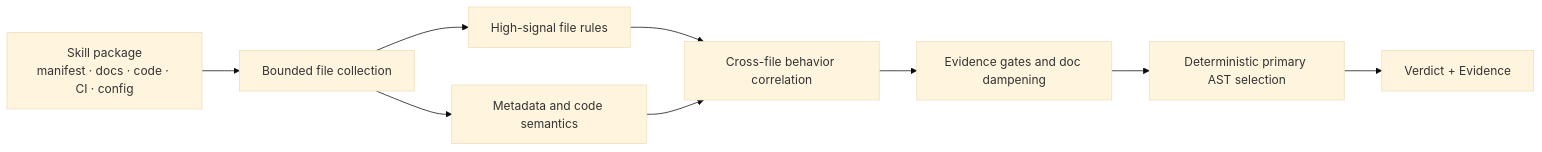
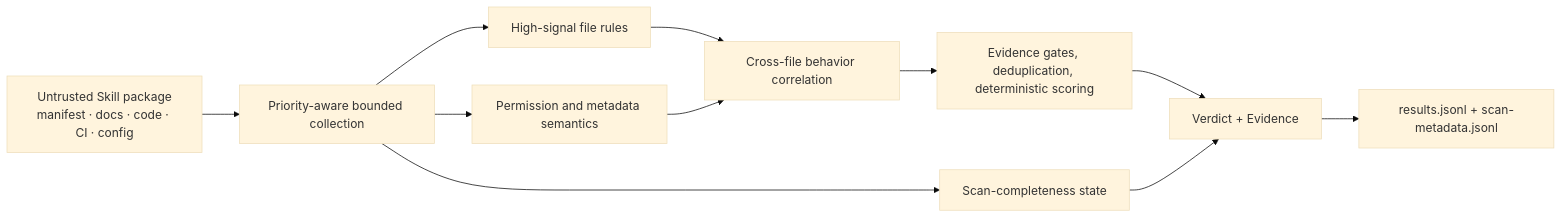
One commit to daffnjk/agent-skill-security-scanner changed the diagram in README_EN.md. Above: the diagram before and after it, drawn with Mermaid (base theme). The commit also changed other lines of this file, not shown here.

````diff
--- a/README_EN.md
+++ b/README_EN.md
@@ -123,11 +180,13 @@
 ```mermaid
 flowchart LR
-    A["Skill package<br/>manifest · docs · code · CI · config"] --> B["Bounded file collection"]
+    A["Untrusted Skill package<br/>manifest · docs · code · CI · config"] --> B["Priority-aware bounded collection"]
     B --> C["High-signal file rules"]
-    B --> D["Metadata and code semantics"]
+    B --> D["Permission and metadata semantics"]
     C --> E["Cross-file behavior correlation"]
     D --> E
-    E --> F["Evidence gates and doc dampening"]
-    F --> G["Deterministic primary AST selection"]
-    G --> H["Verdict + Evidence"]
+    E --> F["Evidence gates, deduplication, deterministic scoring"]
+    B --> G["Scan-completeness state"]
+    F --> H["Verdict + Evidence"]
+    G --> H
+    H --> I["results.jsonl + scan-metadata.jsonl"]
 ```
````
